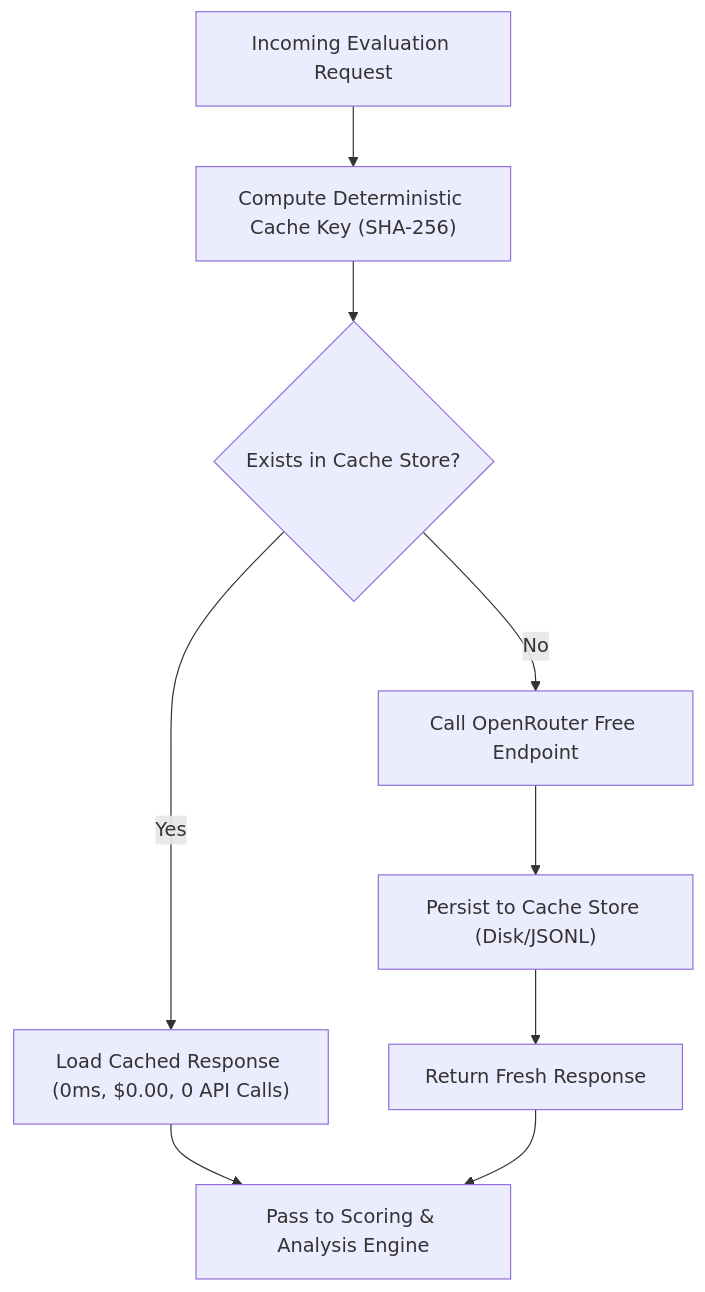
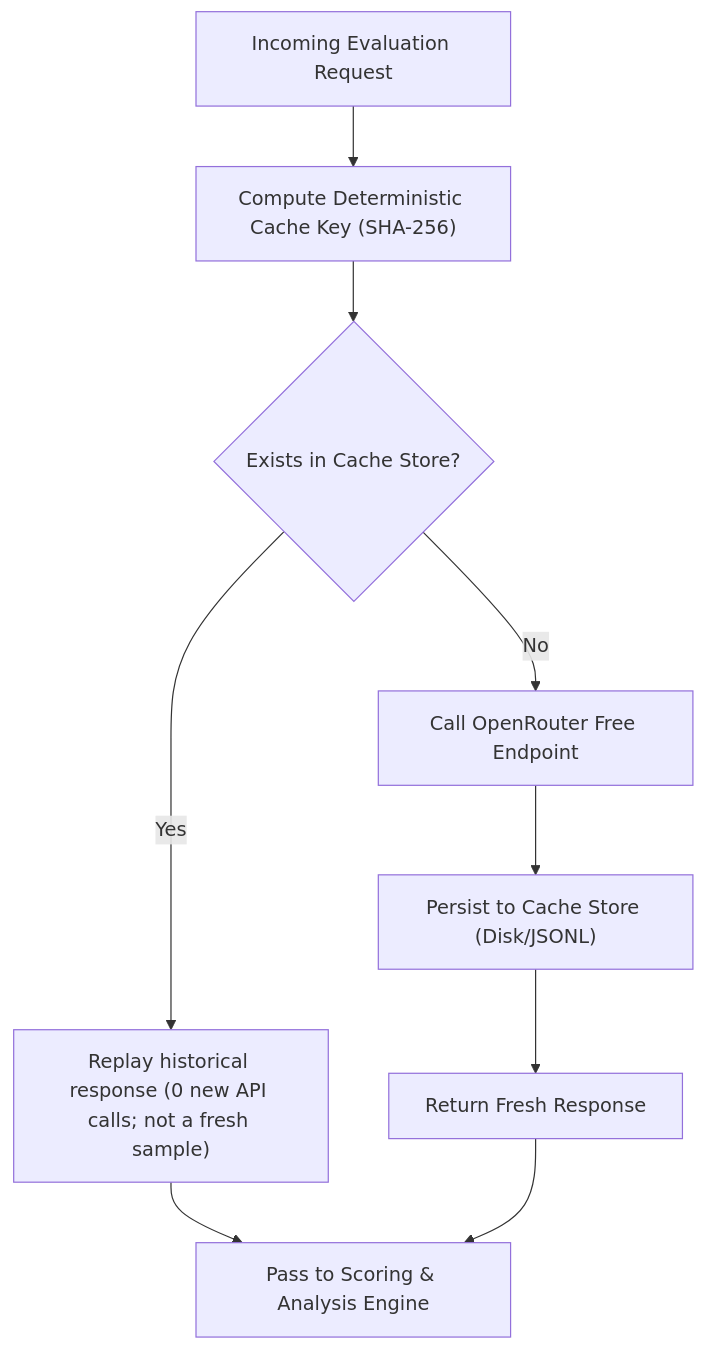
The third of 6 diagrams in plan.md (Fadhil006/evaluating-llms), drawn with Mermaid before and after one commit. The commit also changed other lines of this file and 26 other files, not shown here.

````diff
--- a/plan.md
+++ b/plan.md
@@ -222,11 +222,11 @@
 ```mermaid
 flowchart TD
     Req["Incoming Evaluation Request"] --> Hash["Compute Deterministic Cache Key (SHA-256)"]
     Hash --> Check{"Exists in Cache Store?"}
-    Check -->|Yes| Hit["Load Cached Response (0ms, $0.00, 0 API Calls)"]
+    Check -->|Yes| Hit["Replay historical response (0 new API calls; not a fresh sample)"]
     Check -->|No| Miss["Call OpenRouter Free Endpoint"]
     Miss --> Store["Persist to Cache Store (Disk/JSONL)"]
     Store --> Ret["Return Fresh Response"]
     Hit --> Output["Pass to Scoring & Analysis Engine"]
     Ret --> Output
 ```
````
